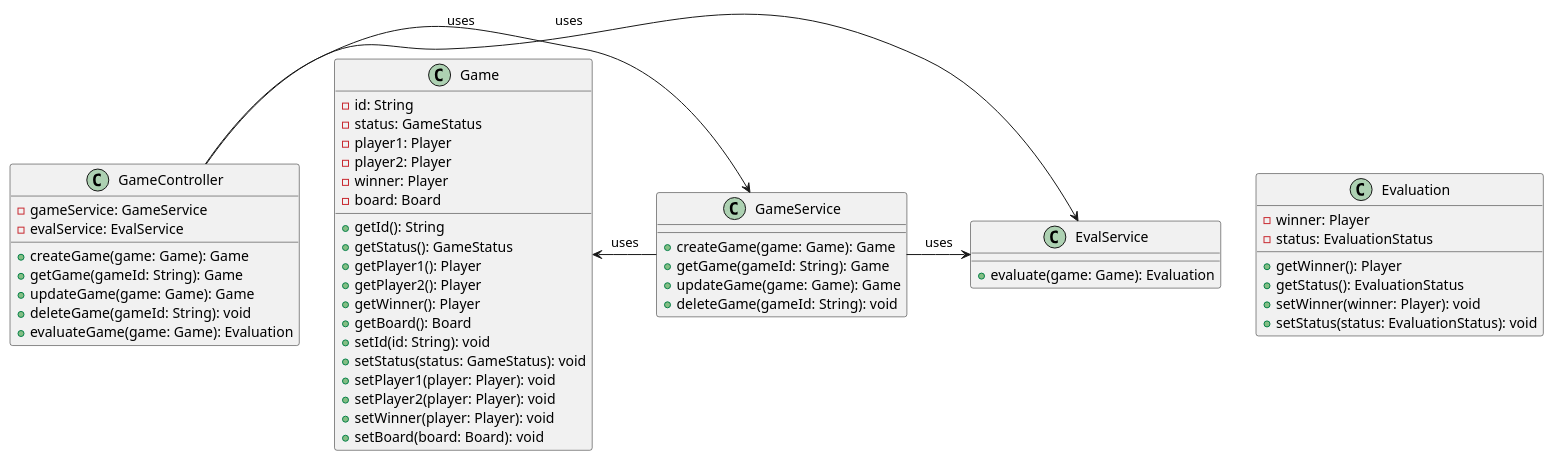
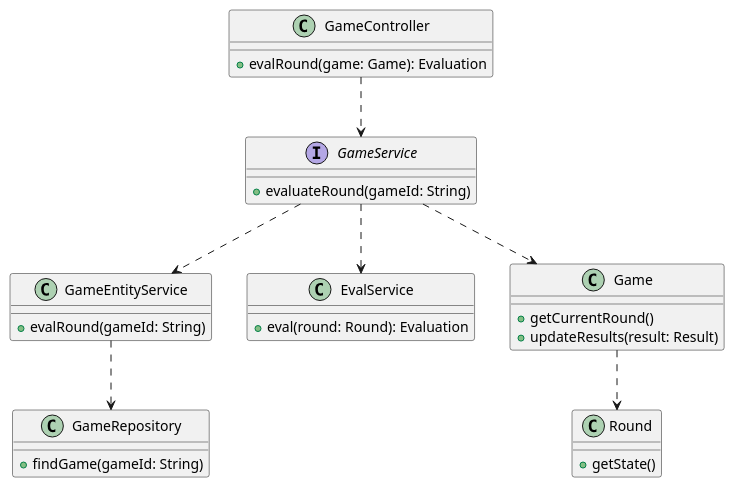
One commit to patrickwinti/worldwidewalter changed the diagram in docs/diagrams/smol/DCD_EvaluationRound.plantuml. Above: the diagram before and after it, drawn with PlantUML.

Commit message:
[WWW-59] Finishing up diagrams for section design artefacts

```diff
--- a/docs/diagrams/smol/DCD_EvaluationRound.plantuml
+++ b/docs/diagrams/smol/DCD_EvaluationRound.plantuml
@@ -1,60 +1,40 @@
 @startuml
-class GameService {
-    +createGame(game: Game): Game
-    +getGame(gameId: String): Game
-    +updateGame(game: Game): Game
-    +deleteGame(gameId: String): void
+Interface GameService {
+    +evaluateRound(gameId: String)
+}
+
+class GameEntityService {
+    +evalRound(gameId: String)
 }
 
 class EvalService {
-    +evaluate(game: Game): Evaluation
+    +eval(round: Round): Evaluation
 }
 
 class Game {
-    -id: String
-    -status: GameStatus
-    -player1: Player
-    -player2: Player
-    -winner: Player
-    -board: Board
-    +getId(): String
-    +getStatus(): GameStatus
-    +getPlayer1(): Player
-    +getPlayer2(): Player
-    +getWinner(): Player
-    +getBoard(): Board
-    +setId(id: String): void
-    +setStatus(status: GameStatus): void
-    +setPlayer1(player: Player): void
-    +setPlayer2(player: Player): void
-    +setWinner(player: Player): void
-    +setBoard(board: Board): void
+    +getCurrentRound()
+    +updateResults(result: Result)
+}
+
+class Round {
+    +getState()
+}
+
+class GameRepository {
+    +findGame(gameId: String)
 }
 
 class GameController {
-    -gameService: GameService
-    -evalService: EvalService
-    +createGame(game: Game): Game
-    +getGame(gameId: String): Game
-    +updateGame(game: Game): Game
-    +deleteGame(gameId: String): void
-    +evaluateGame(game: Game): Evaluation
-}
-
-class Evaluation {
-    -winner: Player
-    -status: EvaluationStatus
-    +getWinner(): Player
-    +getStatus(): EvaluationStatus
-    +setWinner(winner: Player): void
-    +setStatus(status: EvaluationStatus): void
+    +evalRound(game: Game): Evaluation
 }
 
 
+GameController ..> GameService
+GameService ..> GameEntityService
+GameService ..> EvalService
+GameService ..> Game
+GameEntityService ..> GameRepository
+Game..> Round
 
-GameController -> GameService : uses
-GameService -> EvalService : uses
-Game <- GameService : uses
 
-GameController -> EvalService : uses
 @enduml
```
